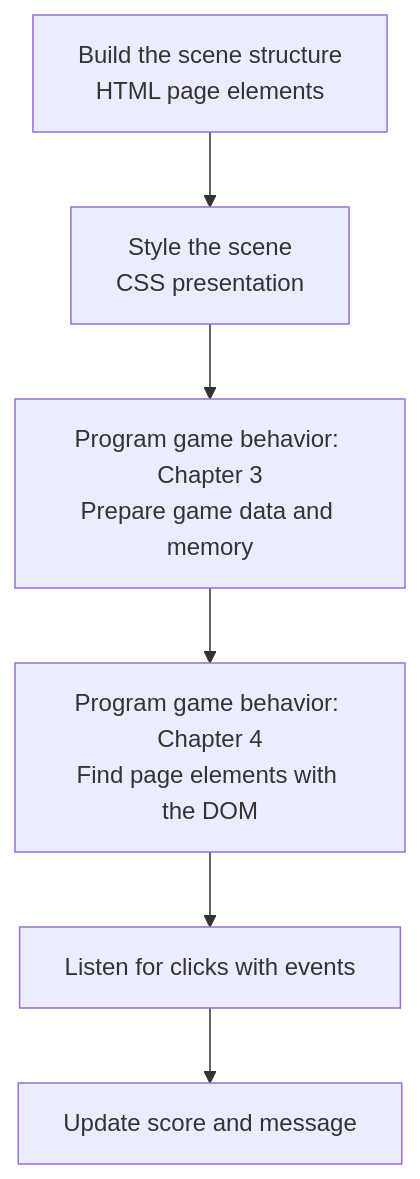
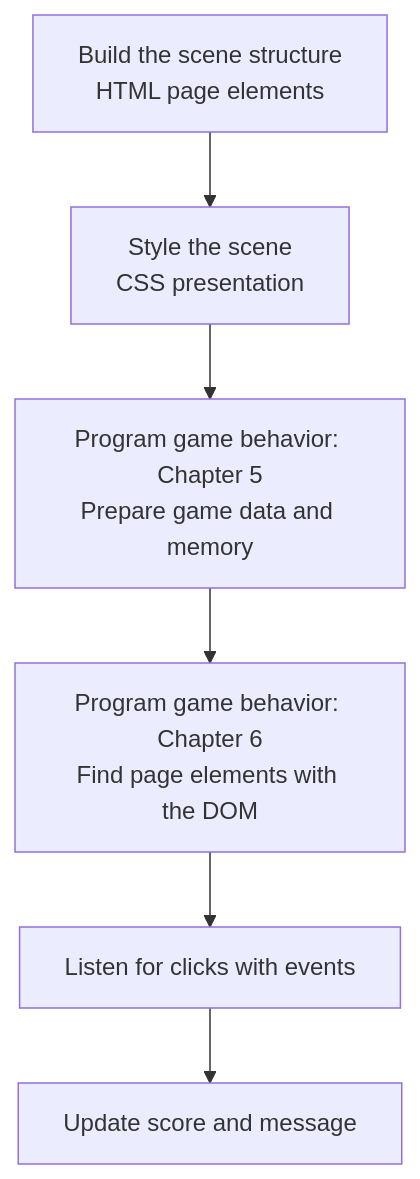
Diagram 19 of 36 in Quarto_Doc/single-file/book.qmd (hungfuc/js_game_for_kids), drawn with Mermaid before and after one commit. The commit also changed other lines of this file and 134 other files, not shown here.

````diff
--- a/Quarto_Doc/single-file/book.qmd
+++ b/Quarto_Doc/single-file/book.qmd
@@ -2755,8 +2335,8 @@
 ```{mermaid}
 flowchart TD
     A[Build the scene structure<br/>HTML page elements] --> S[Style the scene<br/>CSS presentation]
-    S --> B[Program game behavior: Chapter 3<br/>Prepare game data and memory]
-    B --> C[Program game behavior: Chapter 4<br/>Find page elements with the DOM]
+    S --> B[Program game behavior: Chapter 5<br/>Prepare game data and memory]
+    B --> C[Program game behavior: Chapter 6<br/>Find page elements with the DOM]
     C --> D[Listen for clicks with events]
     D --> E[Update score and message]
 ```
````
